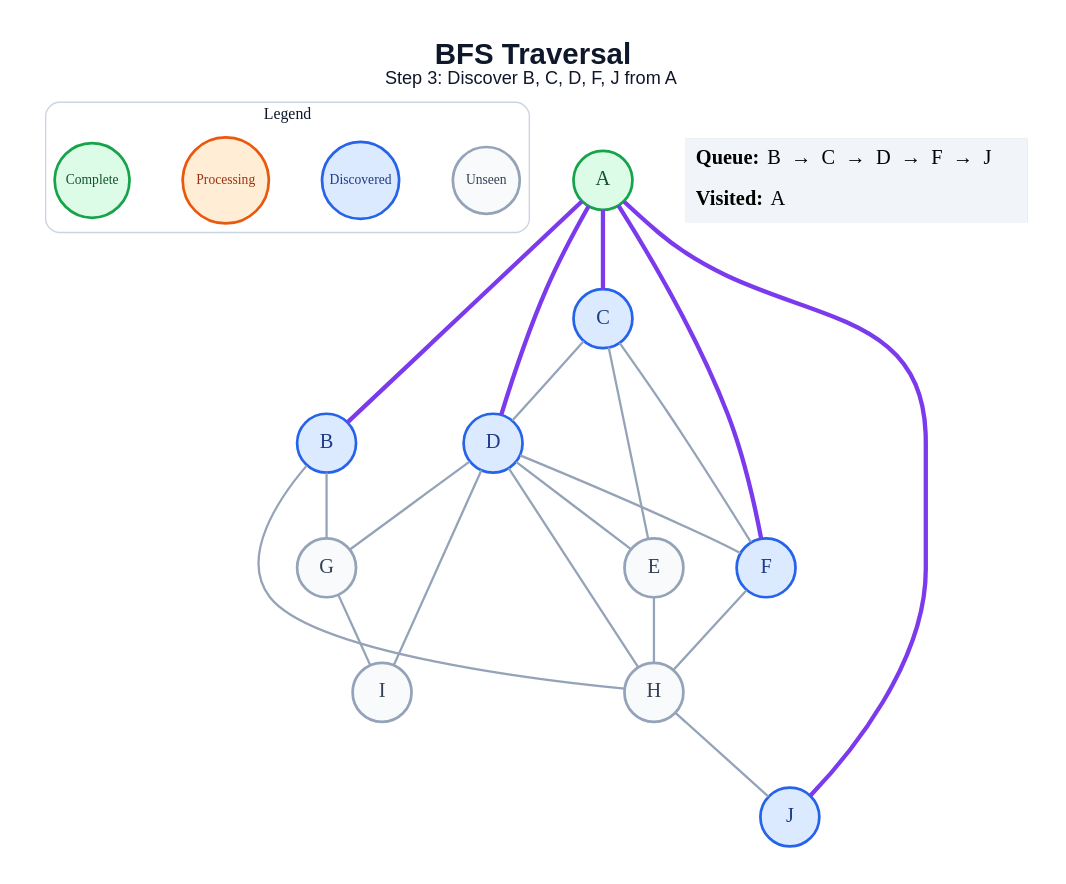
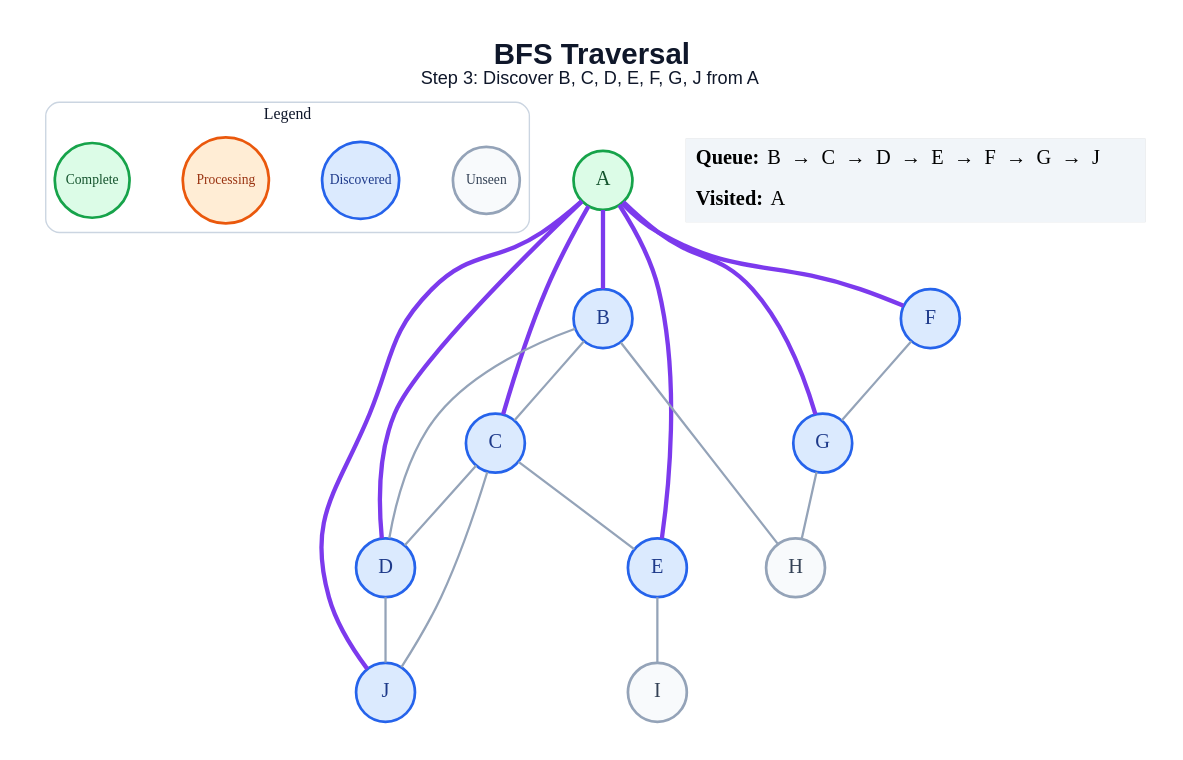
The diagram in generated/bfs/step_03.dot (anon7238593-create/ai-slop), drawn with Graphviz before and after one commit. The commit also changed 178 other files, not shown here.

```diff
--- a/generated/bfs/step_03.dot
+++ b/generated/bfs/step_03.dot
@@ -1,48 +1,46 @@
 graph traversal {
   graph [layout=dot, rankdir=TB, bgcolor="#FFFFFF", pad="0.35", nodesep="0.65", ranksep="0.8", fontname="Arial"];
   node [shape=circle, style="filled", fontname="Arial Bold", fontsize=18, width=0.72, fixedsize=true, penwidth=2.4];
   edge [color="#94A3B8", penwidth=2.0];
-  label=<<B>BFS Traversal</B><BR/><FONT POINT-SIZE="16">Step 3: Discover B, C, D, F, J from A</FONT>>; labelloc="t"; fontsize=26; fontname="Arial"; fontcolor="#0F172A";
+  label=<<B>BFS Traversal</B><BR/><FONT POINT-SIZE="16">Step 3: Discover B, C, D, E, F, G, J from A</FONT>>; labelloc="t"; fontsize=26; fontname="Arial"; fontcolor="#0F172A";
   subgraph cluster_legend { label="Legend"; color="#CBD5E1"; penwidth=1.2; style="rounded"; fontsize=14; fontname="Arial Bold";
     key_unseen [label="Unseen", fillcolor="#F8FAFC", color="#94A3B8", fontcolor="#334155", fontsize=12, width=0.82];
     key_frontier [label="Discovered", fillcolor="#DBEAFE", color="#2563EB", fontcolor="#1E3A8A", fontsize=12, width=0.95];
     key_current [label="Processing", fillcolor="#FFEDD5", color="#EA580C", fontcolor="#9A3412", fontsize=12, width=1.05];
     key_done [label="Complete", fillcolor="#DCFCE7", color="#16A34A", fontcolor="#14532D", fontsize=12, width=0.92];
     { rank=same; key_unseen; key_frontier; key_current; key_done; }
   }
   A [fillcolor="#DCFCE7", color="#16A34A", fontcolor="#14532D"];
   B [fillcolor="#DBEAFE", color="#2563EB", fontcolor="#1E3A8A"];
   C [fillcolor="#DBEAFE", color="#2563EB", fontcolor="#1E3A8A"];
   D [fillcolor="#DBEAFE", color="#2563EB", fontcolor="#1E3A8A"];
-  E [fillcolor="#F8FAFC", color="#94A3B8", fontcolor="#334155"];
+  E [fillcolor="#DBEAFE", color="#2563EB", fontcolor="#1E3A8A"];
   F [fillcolor="#DBEAFE", color="#2563EB", fontcolor="#1E3A8A"];
-  G [fillcolor="#F8FAFC", color="#94A3B8", fontcolor="#334155"];
+  G [fillcolor="#DBEAFE", color="#2563EB", fontcolor="#1E3A8A"];
   H [fillcolor="#F8FAFC", color="#94A3B8", fontcolor="#334155"];
   I [fillcolor="#F8FAFC", color="#94A3B8", fontcolor="#334155"];
   J [fillcolor="#DBEAFE", color="#2563EB", fontcolor="#1E3A8A"];
   A -- B [color="#7C3AED", penwidth=3.8];
   A -- C [color="#7C3AED", penwidth=3.8];
   A -- D [color="#7C3AED", penwidth=3.8];
+  A -- E [color="#7C3AED", penwidth=3.8];
   A -- F [color="#7C3AED", penwidth=3.8];
+  A -- G [color="#7C3AED", penwidth=3.8];
   A -- J [color="#7C3AED", penwidth=3.8];
-  B -- G;
+  B -- C;
+  B -- D;
   B -- H;
   C -- D;
   C -- E;
-  C -- F;
-  D -- E;
-  D -- F;
-  D -- G;
-  D -- H;
-  D -- I;
-  E -- H;
-  F -- H;
-  G -- I;
-  H -- J;
+  C -- J;
+  D -- J;
+  E -- I;
+  F -- G;
+  G -- H;
   status [shape=plain, fixedsize=false, width=0, height=0, margin=0, label=<
     <TABLE BORDER="0" CELLBORDER="0" CELLPADDING="7" BGCOLOR="#F1F5F9">
-      <TR><TD ALIGN="LEFT"><B>Queue:</B> B  →  C  →  D  →  F  →  J</TD></TR>
+      <TR><TD ALIGN="LEFT"><B>Queue:</B> B  →  C  →  D  →  E  →  F  →  G  →  J</TD></TR>
       <TR><TD ALIGN="LEFT"><B>Visited:</B> A</TD></TR>
     </TABLE>
   >];
 }
```
